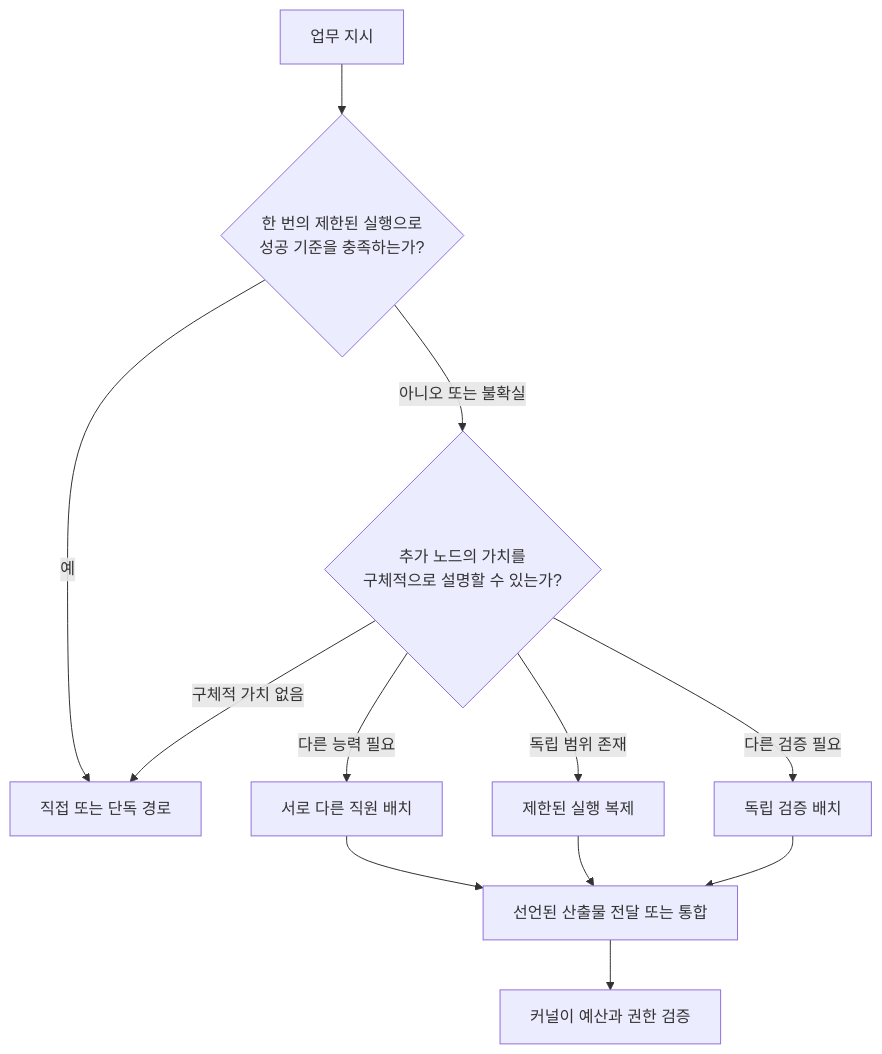
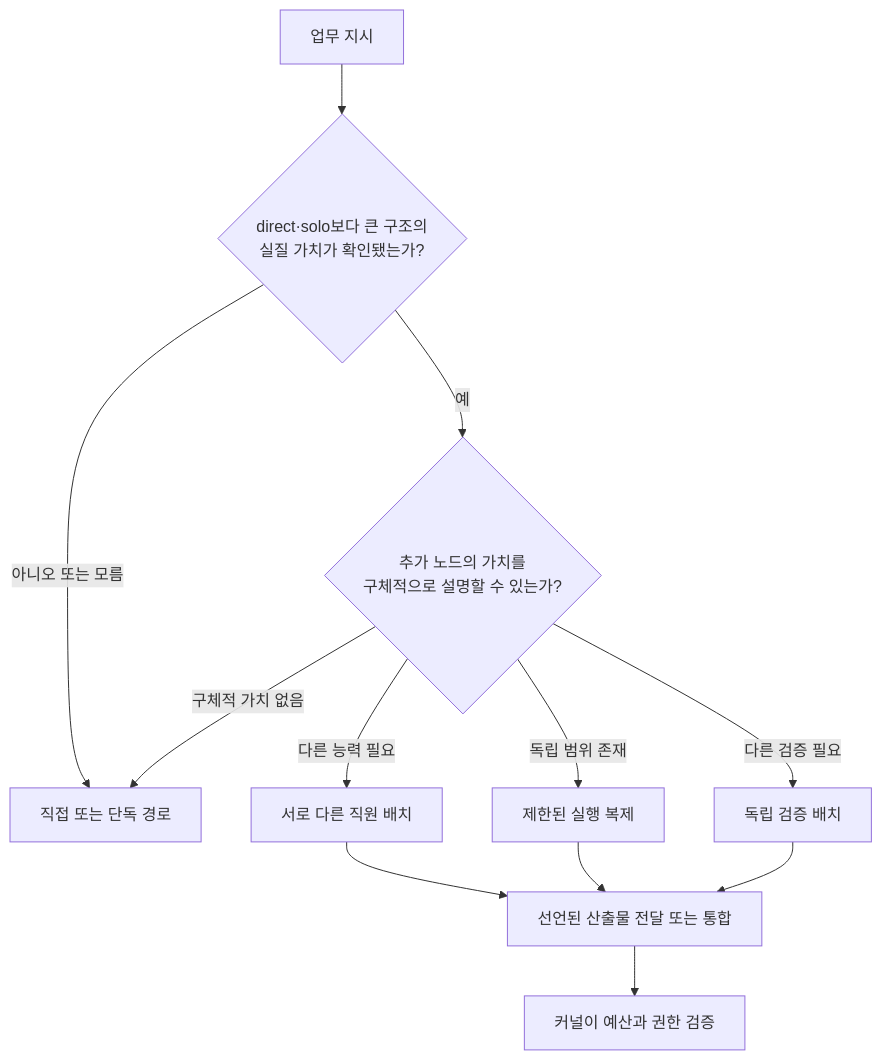
One commit to j6t22t4gy4-spec/noruct changed the second of 3 diagrams in docs/ko/04-graph-and-firm-engineering.md. Above: the diagram before and after it, drawn with Mermaid. The commit also changed other lines of this file and 20 other files, not shown here.

````diff
--- a/docs/ko/04-graph-and-firm-engineering.md
+++ b/docs/ko/04-graph-and-firm-engineering.md
@@ -33,14 +33,14 @@
 ```mermaid
 flowchart TD
-  W["업무 지시"] --> Q{"한 번의 제한된 실행으로\n성공 기준을 충족하는가?"}
-  Q -->|"예"| S["직접 또는 단독 경로"]
-  Q -->|"아니오 또는 불확실"| D{"추가 노드의 가치를\n구체적으로 설명할 수 있는가?"}
+  W["업무 지시"] --> Q{"direct·solo보다 큰 구조의\n실질 가치가 확인됐는가?"}
+  Q -->|"아니오 또는 모름"| S["직접 또는 단독 경로"]
+  Q -->|"예"| D{"추가 노드의 가치를\n구체적으로 설명할 수 있는가?"}
   D -->|"다른 능력 필요"| T["서로 다른 직원 배치"]
   D -->|"독립 범위 존재"| P["제한된 실행 복제"]
   D -->|"다른 검증 필요"| V["독립 검증 배치"]
   D -->|"구체적 가치 없음"| S
   T --> A["선언된 산출물 전달 또는 통합"]
   P --> A
   V --> A
   A --> K["커널이 예산과 권한 검증"]
 ```
````
